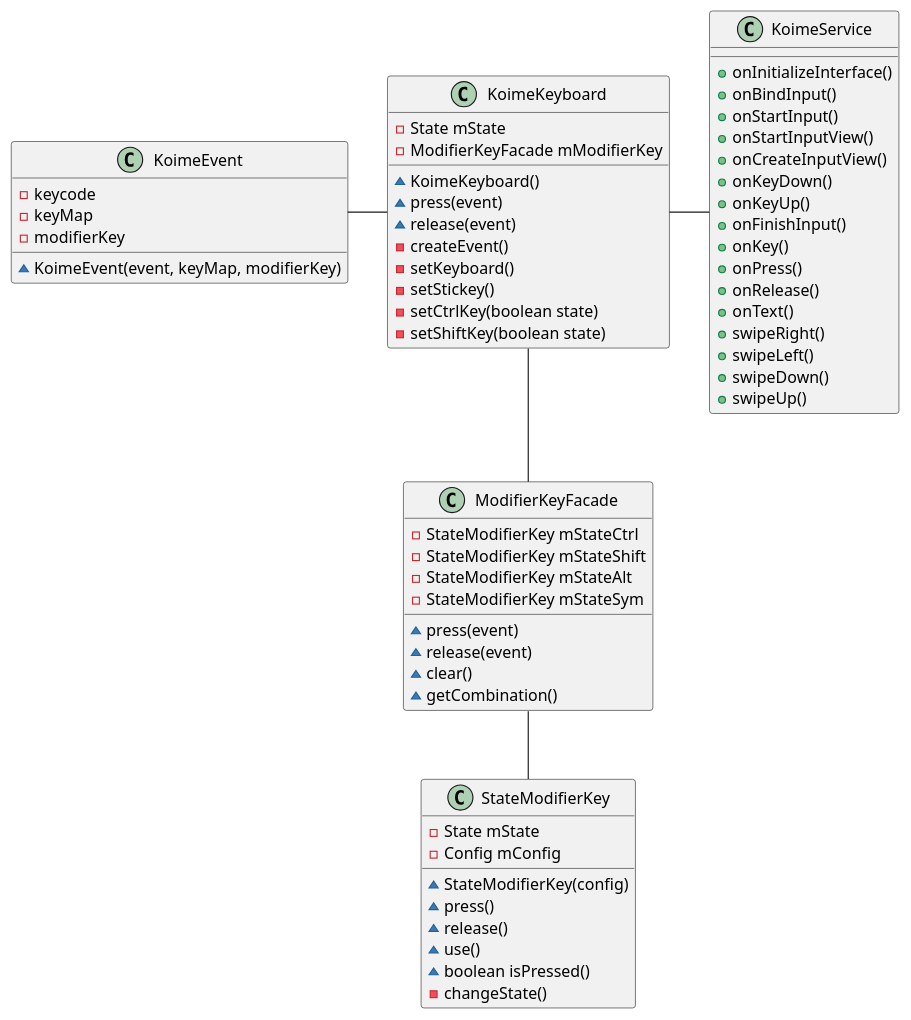
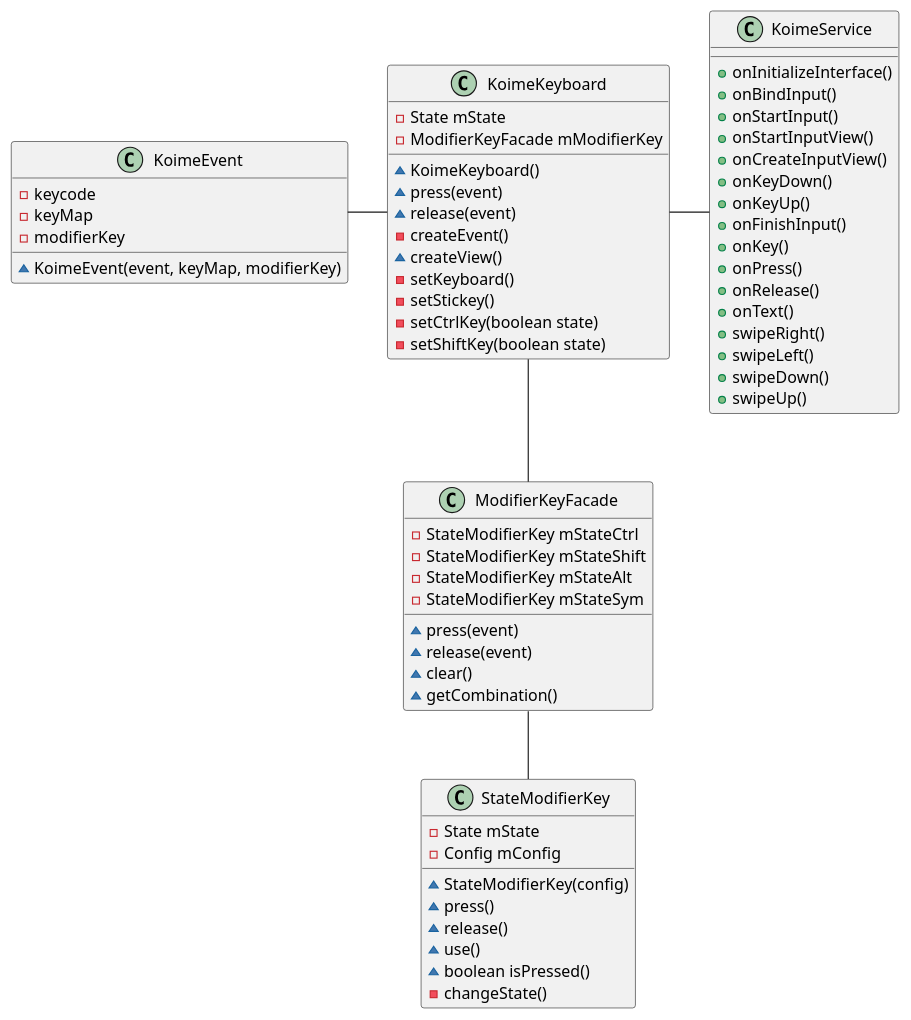
The first of 2 diagrams in doc/test.adoc (shntn/KEYoneIME), drawn with PlantUML before and after one commit. The commit also changed other lines of this file, not shown here.

```diff
--- a/doc/test.adoc
+++ b/doc/test.adoc
@@ -148,72 +174,73 @@
-[plantuml]
+[plantuml,file="class.png"]
 ----
 @startuml
 
 class KoimeService {
     + onInitializeInterface()
     + onBindInput()
     + onStartInput()
     + onStartInputView()
     + onCreateInputView()
     + onKeyDown()
     + onKeyUp()
     + onFinishInput()
     + onKey()
     + onPress()
     + onRelease()
     + onText()
     + swipeRight()
     + swipeLeft()
     + swipeDown()
     + swipeUp()
 }
 
 class KoimeEvent {
     - keycode
     - keyMap
     - modifierKey
     ~ KoimeEvent(event, keyMap, modifierKey)
 }
 
 class ModifierKeyFacade {
     - StateModifierKey mStateCtrl
     - StateModifierKey mStateShift
     - StateModifierKey mStateAlt
     - StateModifierKey mStateSym
     ~ press(event)
     ~ release(event)
     ~ clear()
     ~ getCombination()
 }
 
 class StateModifierKey {
     - State mState
     - Config mConfig
     ~ StateModifierKey(config)
     ~ press()
     ~ release()
     ~ use()
     ~ boolean isPressed()
     - changeState()
 }
 
 class KoimeKeyboard {
     - State mState
     - ModifierKeyFacade mModifierKey
     ~ KoimeKeyboard()
     ~ press(event)
     ~ release(event)
     - createEvent()
+    ~ createView()
     - setKeyboard()
     - setStickey()
     - setCtrlKey(boolean state)
     - setShiftKey(boolean state)
 }
 
 KoimeKeyboard - KoimeService
 KoimeKeyboard -- ModifierKeyFacade
 ModifierKeyFacade -- StateModifierKey
 KoimeEvent - KoimeKeyboard
 
 @enduml
 ----
```
